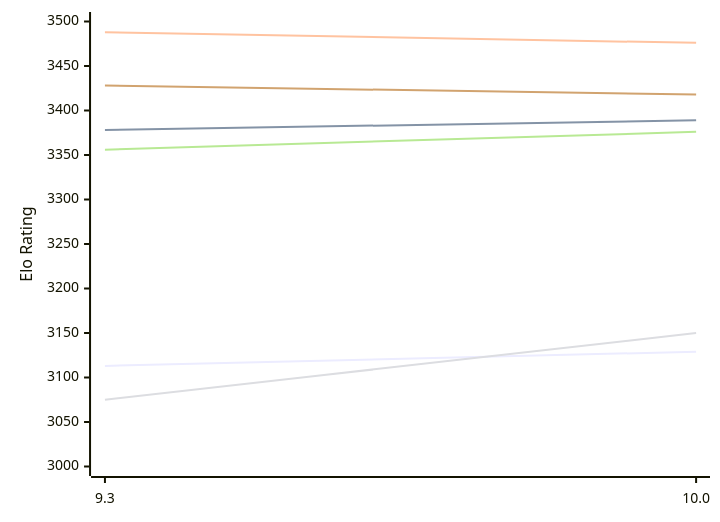
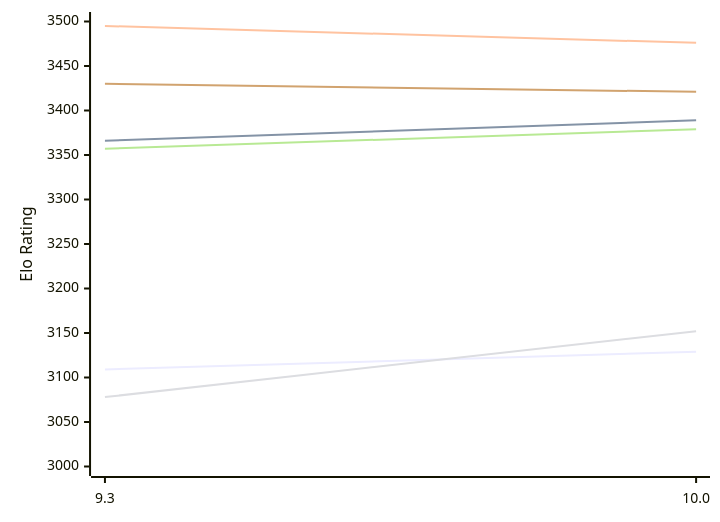
Before and after one commit to computer-chess-index/cci: the first of 2 diagrams in engines/Fire.md, drawn with Mermaid. The commit also changed other lines of this file, not shown here.

Commit message:
Update CCI Ratings (ELO VLTC) - 2026-11-24

````diff
--- a/engines/Fire.md
+++ b/engines/Fire.md
@@ -50,12 +50,12 @@
 ```mermaid
 %%{init: {"theme":"base","themeVariables":{"seriesColors:['#a3a3a3','#222221','#faa371']}}}%%
 xychart-beta
   x-axis ["9.3", "10.0"]
   y-axis "Elo Rating" 3000 --> 3500
-  line "E1: STC (8.0+0.08s)" [3113, 3129]
-  line "E1: LTC (60.0+0.60s)" [3378, 3389]
-  line "E1: VLTC (2m24s+1.12s)" [3488, 3476]
-  line "P1: STC (8.0+0.08s)" [3075, 3150]
-  line "P1: LTC (60.0+0.60s)" [3356, 3376]
-  line "P1: VLTC (2m24s+1.12s)" [3428, 3418]
+  line "E1: STC (8.0+0.08s)" [3109, 3129]
+  line "E1: LTC (60.0+0.60s)" [3366, 3389]
+  line "E1: VLTC (2m24s+1.12s)" [3495, 3476]
+  line "P1: STC (8.0+0.08s)" [3078, 3152]
+  line "P1: LTC (60.0+0.60s)" [3357, 3379]
+  line "P1: VLTC (2m24s+1.12s)" [3430, 3421]
 ```
````
